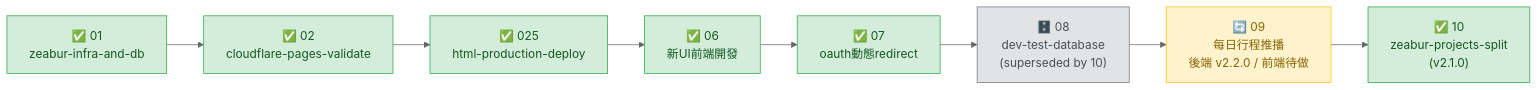
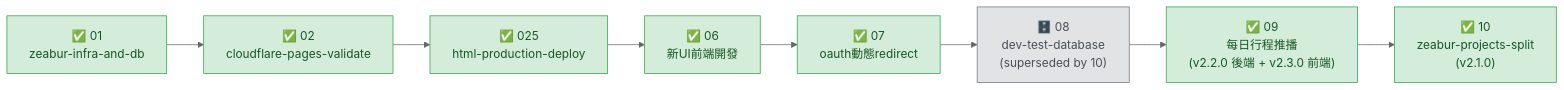
Before and after one commit to HSUsomnus/KJ-Champion-System: the diagram in openspec/STATUS.md, drawn with Mermaid (neutral theme). The commit also changed other lines of this file and 6 other files, not shown here.

````diff
--- a/openspec/STATUS.md
+++ b/openspec/STATUS.md
@@ -10,22 +10,22 @@
 ```mermaid
 graph LR
   01["✅ 01\nzeabur-infra-and-db"]
   02["✅ 02\ncloudflare-pages-validate"]
   025["✅ 025\nhtml-production-deploy"]
   06["✅ 06\n新UI前端開發"]
   07["✅ 07\noauth動態redirect"]
   08["🗄️ 08\ndev-test-database\n(superseded by 10)"]
-  09["🔄 09\n每日行程推播\n後端 v2.2.0 / 前端待做"]
+  09["✅ 09\n每日行程推播\n(v2.2.0 後端 + v2.3.0 前端)"]
   10["✅ 10\nzeabur-projects-split\n(v2.1.0)"]
 
   01 --> 02 --> 025 --> 06 --> 07 --> 08 --> 09 --> 10
 
   style 01 fill:#d4edda,stroke:#28a745,color:#155724
   style 02 fill:#d4edda,stroke:#28a745,color:#155724
   style 025 fill:#d4edda,stroke:#28a745,color:#155724
   style 06 fill:#d4edda,stroke:#28a745,color:#155724
   style 07 fill:#d4edda,stroke:#28a745,color:#155724
   style 08 fill:#e2e3e5,stroke:#6c757d,color:#495057
-  style 09 fill:#fff3cd,stroke:#ffc107,color:#856404
+  style 09 fill:#d4edda,stroke:#28a745,color:#155724
   style 10 fill:#d4edda,stroke:#28a745,color:#155724
 ```
````
